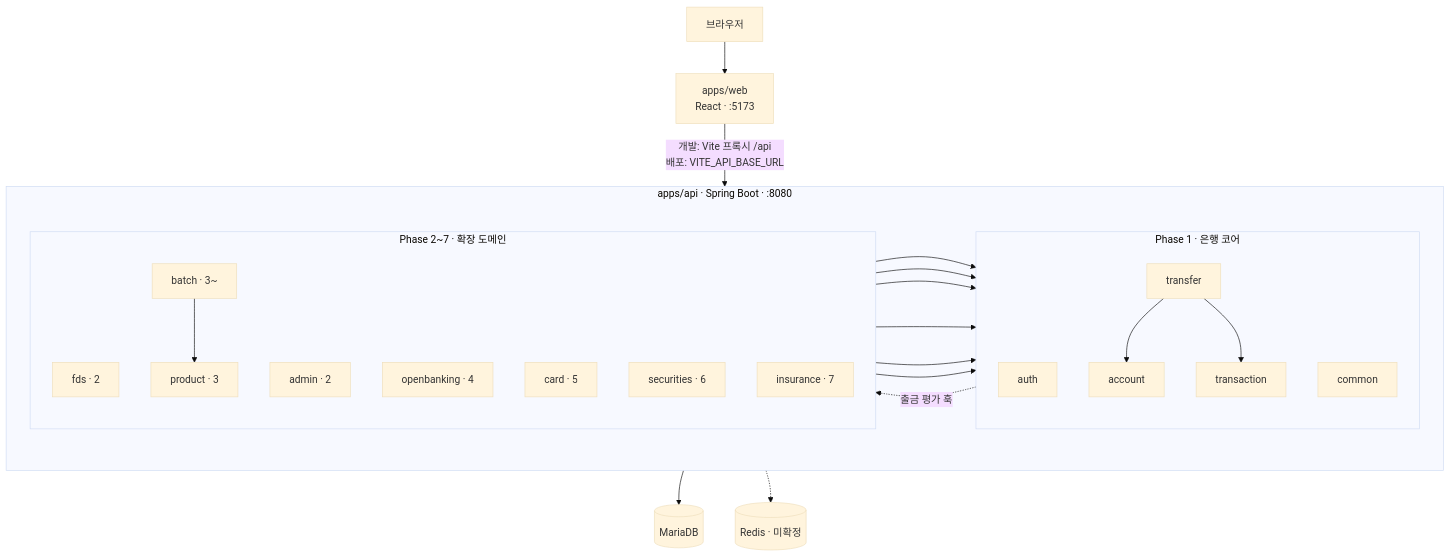
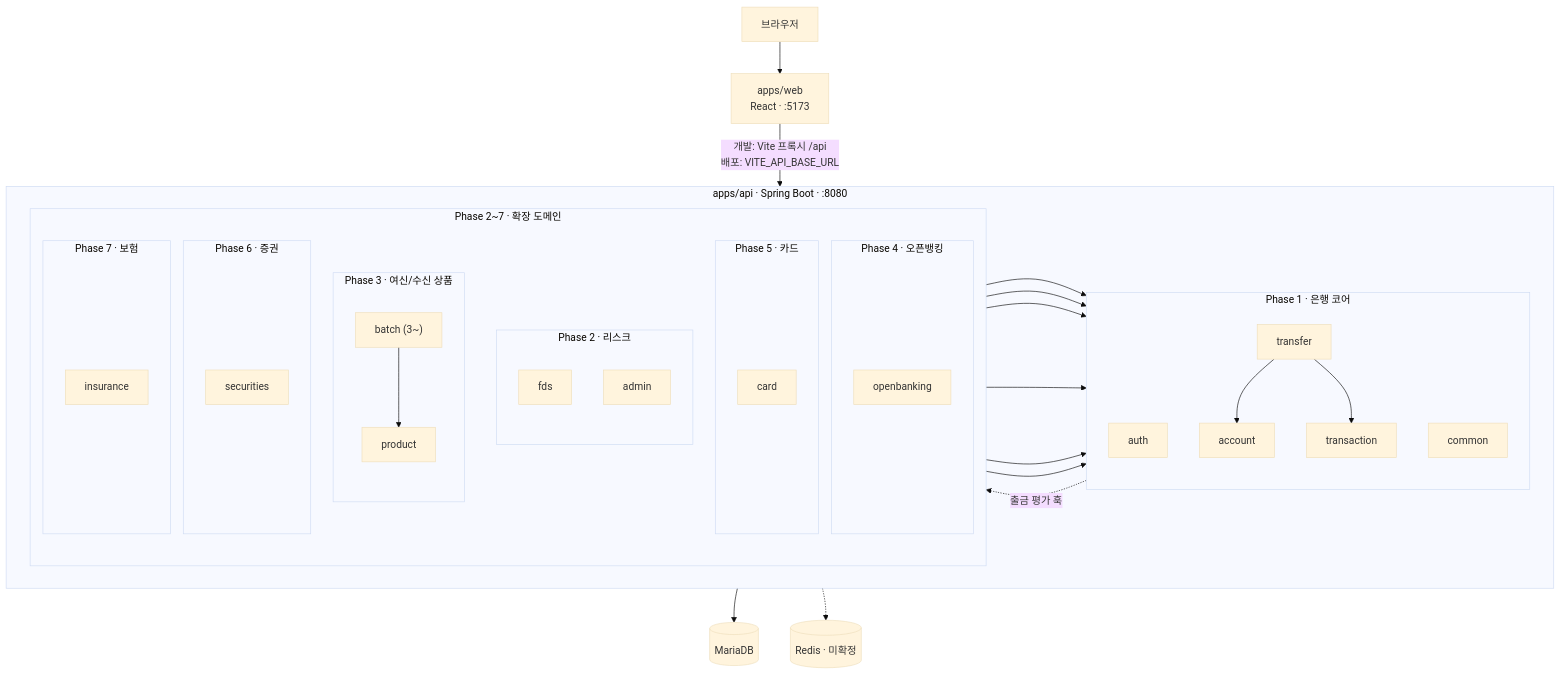
One commit to ShinhanDSProject/talking-bank changed the diagram in docs/03-tech-stack.md. Above: the diagram before and after it, drawn with Mermaid (base theme).

Commit message:
docs: 03 다이어그램의 확장 도메인을 Phase별 subgraph로 분리
확장 도메인 8개가 한 subgraph에 있어 폭이 넓었다. Phase별로 작은
subgraph(1~2 노드)로 나누고 ext 안에서 세로로 쌓이게 한다. 노드 라벨의
Phase 번호는 subgraph 제목으로 옮겼다.

````diff
--- a/docs/03-tech-stack.md
+++ b/docs/03-tech-stack.md
@@ -41,38 +41,52 @@
 ```mermaid
 flowchart TB
     browser[브라우저] --> web["apps/web<br/>React · :5173"]
     web -->|"개발: Vite 프록시 /api<br/>배포: VITE_API_BASE_URL"| api
 
     subgraph api["apps/api · Spring Boot · :8080"]
         direction LR
         subgraph core["Phase 1 · 은행 코어"]
             direction TB
             auth[auth]
             common[common]
             transfer[transfer] --> account[account]
             transfer --> transaction[transaction]
         end
         subgraph ext["Phase 2~7 · 확장 도메인"]
             direction TB
-            fds["fds · 2"]
-            admin["admin · 2"]
-            product["product · 3"]
-            batch["batch · 3~"]
-            openbanking["openbanking · 4"]
-            card["card · 5"]
-            securities["securities · 6"]
-            insurance["insurance · 7"]
+            subgraph p2["Phase 2 · 리스크"]
+                direction TB
+                fds[fds]
+                admin[admin]
+            end
+            subgraph p3["Phase 3 · 여신/수신 상품"]
+                direction TB
+                product[product]
+                batch["batch (3~)"]
+            end
+            subgraph p4["Phase 4 · 오픈뱅킹"]
+                openbanking[openbanking]
+            end
+            subgraph p5["Phase 5 · 카드"]
+                card[card]
+            end
+            subgraph p6["Phase 6 · 증권"]
+                securities[securities]
+            end
+            subgraph p7["Phase 7 · 보험"]
+                insurance[insurance]
+            end
         end
         transfer -. 출금 평가 훅 .-> fds
         product --> transfer
         card --> transfer
         securities --> transfer
         insurance --> transfer
         openbanking --> account
         admin --> transaction
         batch --> product
     end
 
     api --> db[(MariaDB)]
     api -.-> redis[(Redis · 미확정)]
 ```
````
